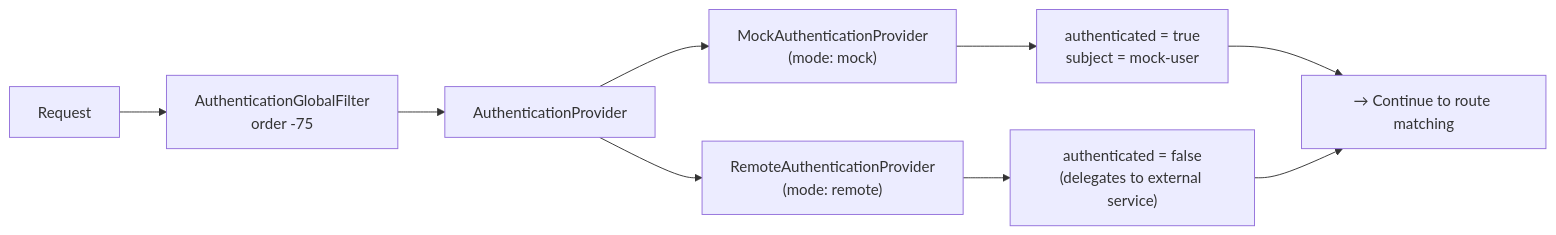
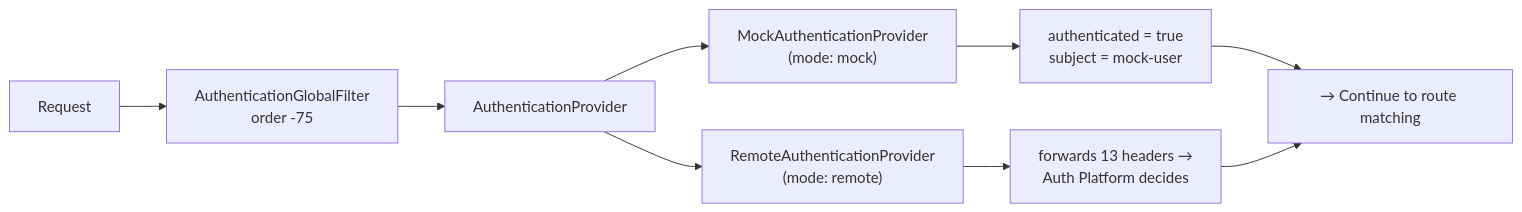
Before and after one commit to abhim8/api-gateway: the third of 3 diagrams in README.md, drawn with Mermaid. The commit also changed other lines of this file and 8 other files, not shown here.

Commit message:
feat(auth): forward authentication context to Auth Platform

````diff
--- a/README.md
+++ b/README.md
@@ -256,14 +259,14 @@
 ```mermaid
 graph LR
     Request --> AuthGlobalFilter["AuthenticationGlobalFilter<br/>order -75"]
     AuthGlobalFilter --> AuthProvider["AuthenticationProvider"]
 
     AuthProvider --> Mock["MockAuthenticationProvider<br/>(mode: mock)"]
     AuthProvider --> Remote["RemoteAuthenticationProvider<br/>(mode: remote)"]
 
     Mock --> MockResult["authenticated = true<br/>subject = mock-user"]
-    Remote --> RemoteResult["authenticated = false<br/>(delegates to external service)"]
+    Remote --> RemoteResult["forwards 13 headers →<br/>Auth Platform decides"]
 
     MockResult --> Continue["→ Continue to route matching"]
     RemoteResult --> Continue
 ```
````
